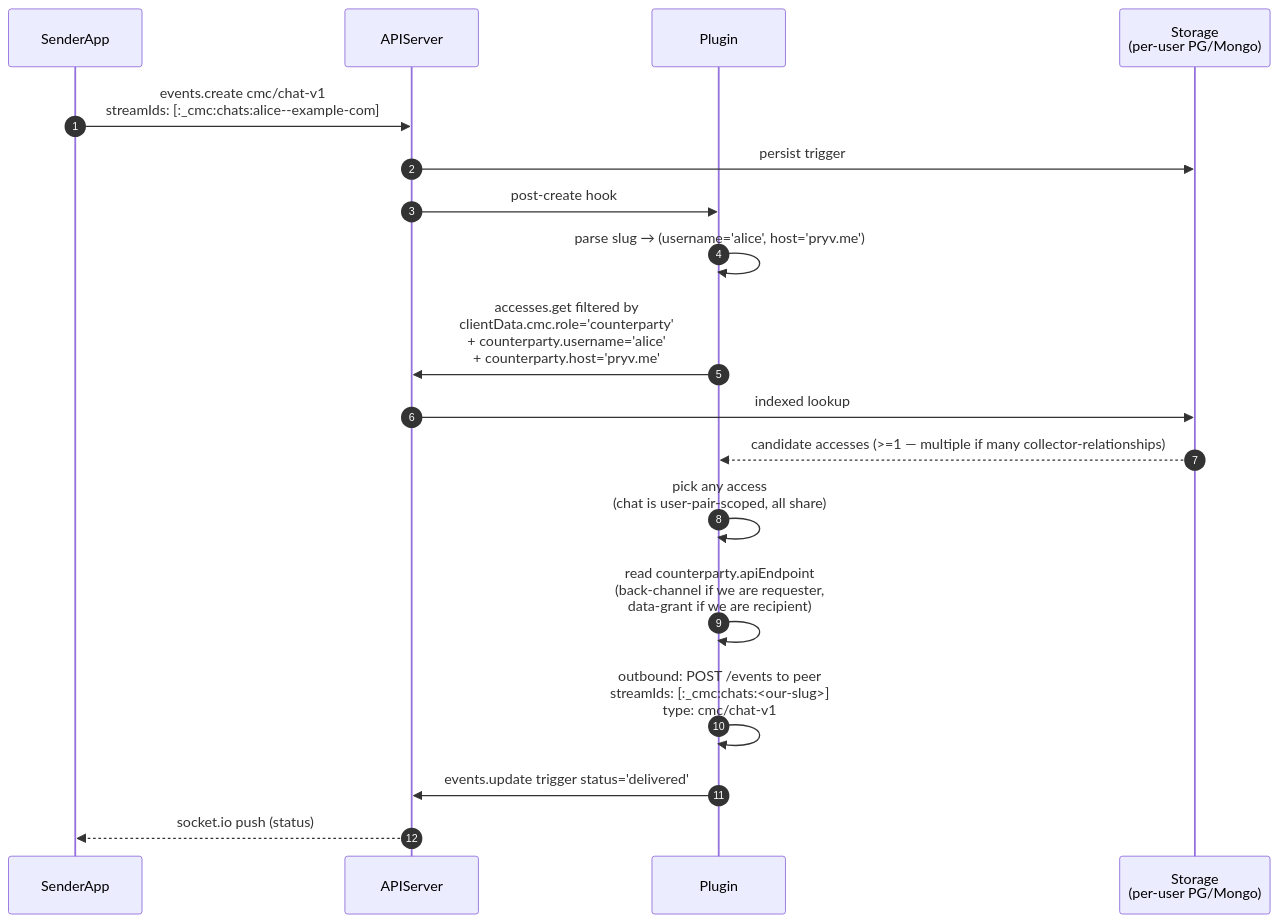
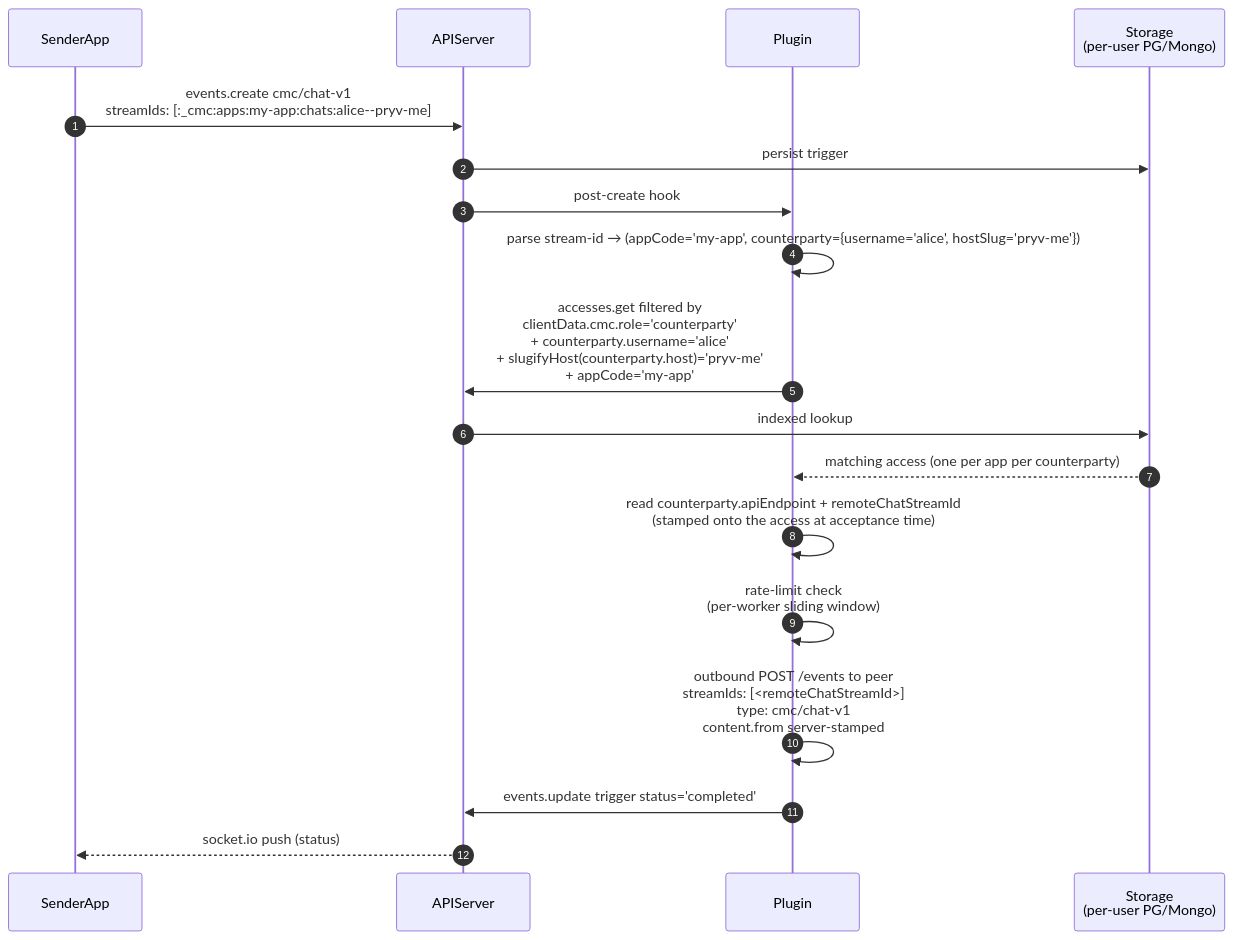
The sixth of 14 diagrams in components/cmc/INTERNALS.md (pryv/open-pryv.io), drawn with Mermaid before and after one commit. The commit also changed other lines of this file and 2 other files, not shown here.

First line of the commit message:
plan 68 — docs: rewrite to nested-under-apps namespace

````diff
--- a/components/cmc/INTERNALS.md
+++ b/components/cmc/INTERNALS.md
@@ -292,21 +292,21 @@
 ```mermaid
 sequenceDiagram
     autonumber
     participant App as SenderApp
     participant APIServer
     participant Plugin
     participant Storage as Storage<br/>(per-user PG/Mongo)
 
-    App->>APIServer: events.create cmc/chat-v1<br/>streamIds: [:_cmc:chats:alice--example-com]
+    App->>APIServer: events.create cmc/chat-v1<br/>streamIds: [:_cmc:apps:my-app:chats:alice--pryv-me]
     APIServer->>Storage: persist trigger
     APIServer->>Plugin: post-create hook
-    Plugin->>Plugin: parse slug → (username='alice', host='pryv.me')
-    Plugin->>APIServer: accesses.get filtered by<br/>clientData.cmc.role='counterparty'<br/>+ counterparty.username='alice'<br/>+ counterparty.host='pryv.me'
+    Plugin->>Plugin: parse stream-id → (appCode='my-app', counterparty={username='alice', hostSlug='pryv-me'})
+    Plugin->>APIServer: accesses.get filtered by<br/>clientData.cmc.role='counterparty'<br/>+ counterparty.username='alice'<br/>+ slugifyHost(counterparty.host)='pryv-me'<br/>+ appCode='my-app'
     APIServer->>Storage: indexed lookup
-    Storage-->>Plugin: candidate accesses (>=1 — multiple if many collector-relationships)
-    Plugin->>Plugin: pick any access<br/>(chat is user-pair-scoped, all share)
-    Plugin->>Plugin: read counterparty.apiEndpoint<br/>(back-channel if we are requester,<br/>data-grant if we are recipient)
-    Plugin->>Plugin: outbound: POST /events to peer<br/>streamIds: [:_cmc:chats:<our-slug>]<br/>type: cmc/chat-v1
-    Plugin->>APIServer: events.update trigger status='delivered'
+    Storage-->>Plugin: matching access (one per app per counterparty)
+    Plugin->>Plugin: read counterparty.apiEndpoint + remoteChatStreamId<br/>(stamped onto the access at acceptance time)
+    Plugin->>Plugin: rate-limit check<br/>(per-worker sliding window)
+    Plugin->>Plugin: outbound POST /events to peer<br/>streamIds: [<remoteChatStreamId>]<br/>type: cmc/chat-v1<br/>content.from server-stamped
+    Plugin->>APIServer: events.update trigger status='completed'
     APIServer-->>App: socket.io push (status)
 ```
````
